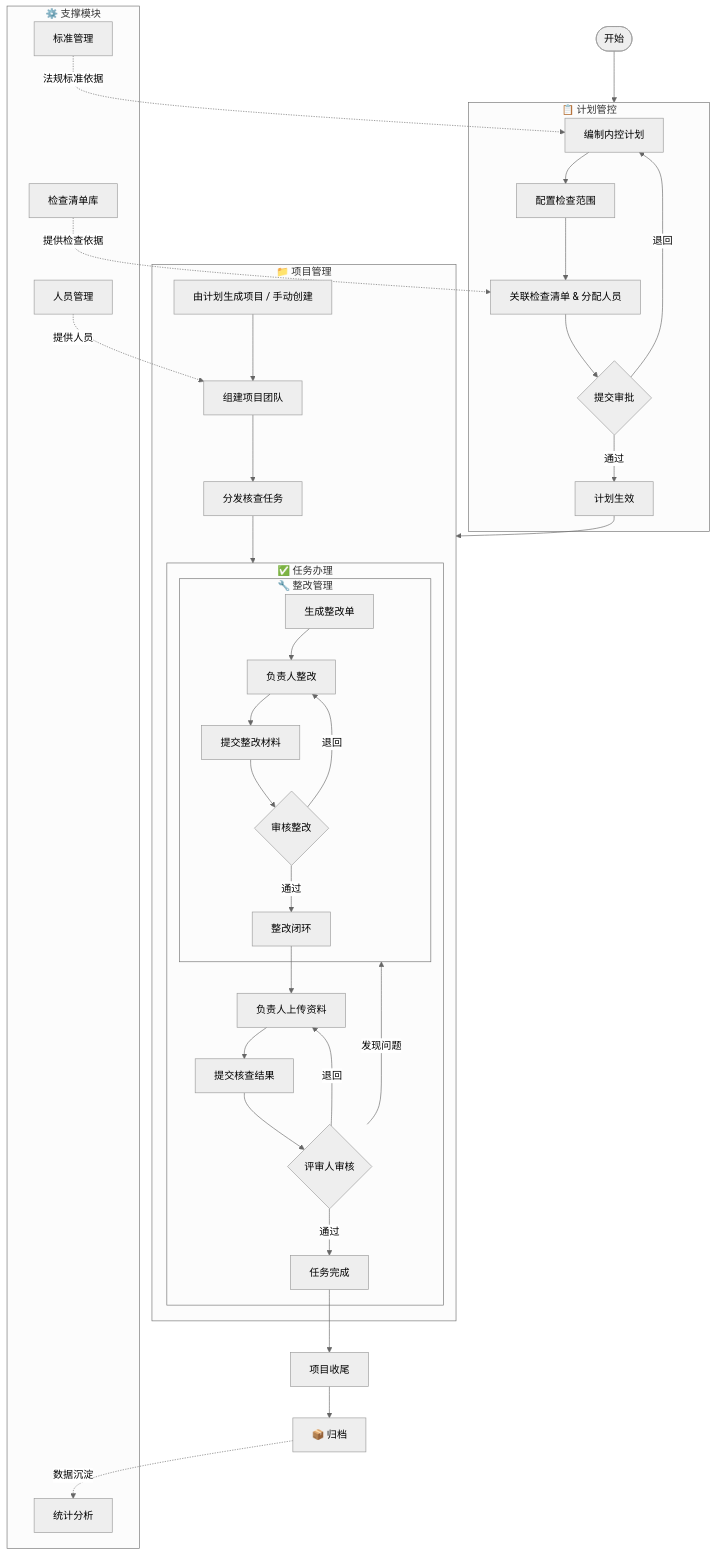
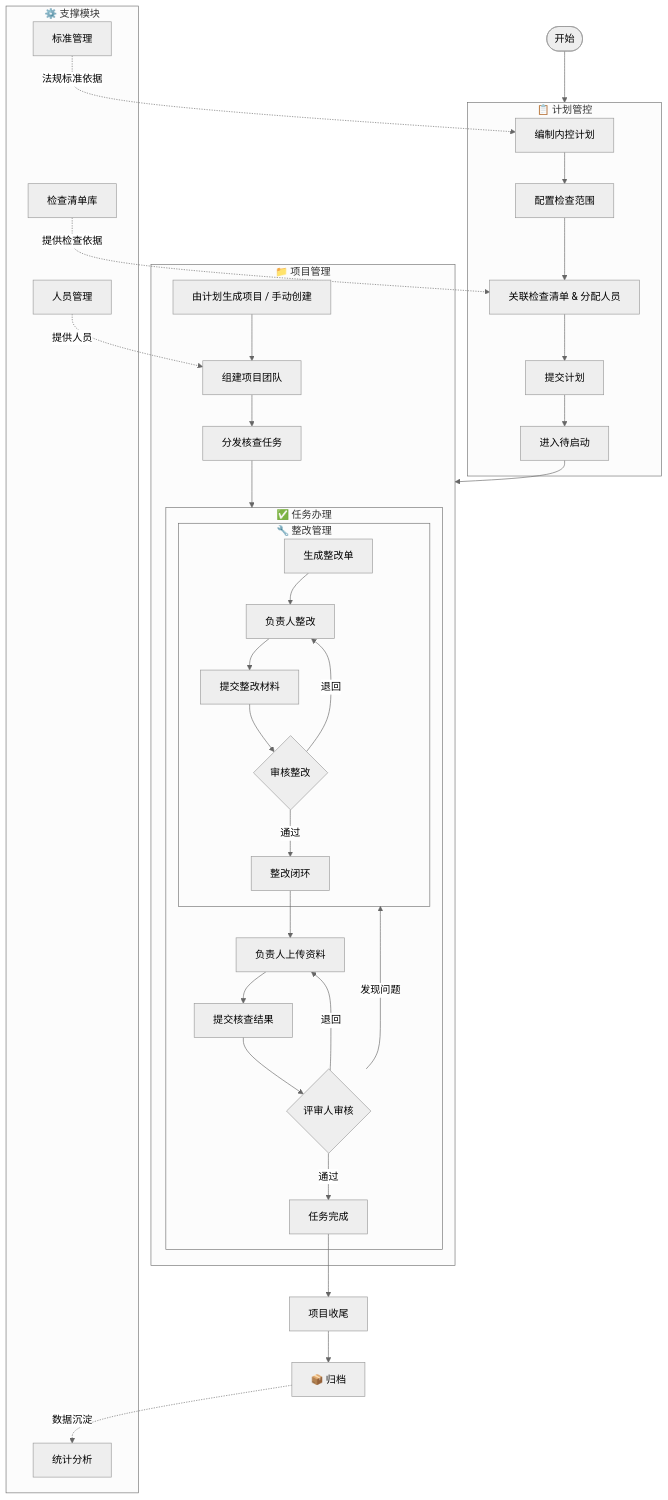
Before and after one commit to KiraKira-77/IRIS: the first of 6 diagrams in doc/flow_diagrams.md, drawn with Mermaid (neutral theme). The commit also changed 17 other files, not shown here.

````diff
--- a/doc/flow_diagrams.md
+++ b/doc/flow_diagrams.md
@@ -9,52 +9,51 @@
 ```mermaid
 flowchart TB
     START([开始]) --> PLAN
 
     subgraph PLAN["📋 计划管控"]
         P1[编制内控计划] --> P2[配置检查范围]
         P2 --> P3[关联检查清单 & 分配人员]
-        P3 --> P4{提交审批}
-        P4 -->|退回| P1
-        P4 -->|通过| P5[计划生效]
+        P3 --> P4[提交计划]
+        P4 --> P5[进入待启动]
     end
 
     P5 --> PROJECT
 
     subgraph PROJECT["📁 项目管理"]
         PR1[由计划生成项目 / 手动创建] --> PR2[组建项目团队]
         PR2 --> PR3[分发核查任务]
         PR3 --> TASK
     end
 
     subgraph TASK["✅ 任务办理"]
         T1[负责人上传资料] --> T2[提交核查结果]
         T2 --> T3{评审人审核}
         T3 -->|通过| T4[任务完成]
         T3 -->|退回| T1
         T3 -->|发现问题| RECT
     end
 
     subgraph RECT["🔧 整改管理"]
         R1[生成整改单] --> R2[负责人整改]
         R2 --> R3[提交整改材料]
         R3 --> R4{审核整改}
         R4 -->|退回| R2
         R4 -->|通过| R5[整改闭环]
     end
 
     R5 --> T1
     T4 --> PR4[项目收尾]
     PR4 --> ARCHIVE[📦 归档]
 
     subgraph SUPPORT["⚙️ 支撑模块"]
         S1[标准管理]
         S2[检查清单库]
         S3[人员管理]
         S4[统计分析]
     end
 
     S2 -.->|提供检查依据| P3
     S3 -.->|提供人员| PR2
     S1 -.->|法规标准依据| P1
     ARCHIVE -.->|数据沉淀| S4
 ```
````
